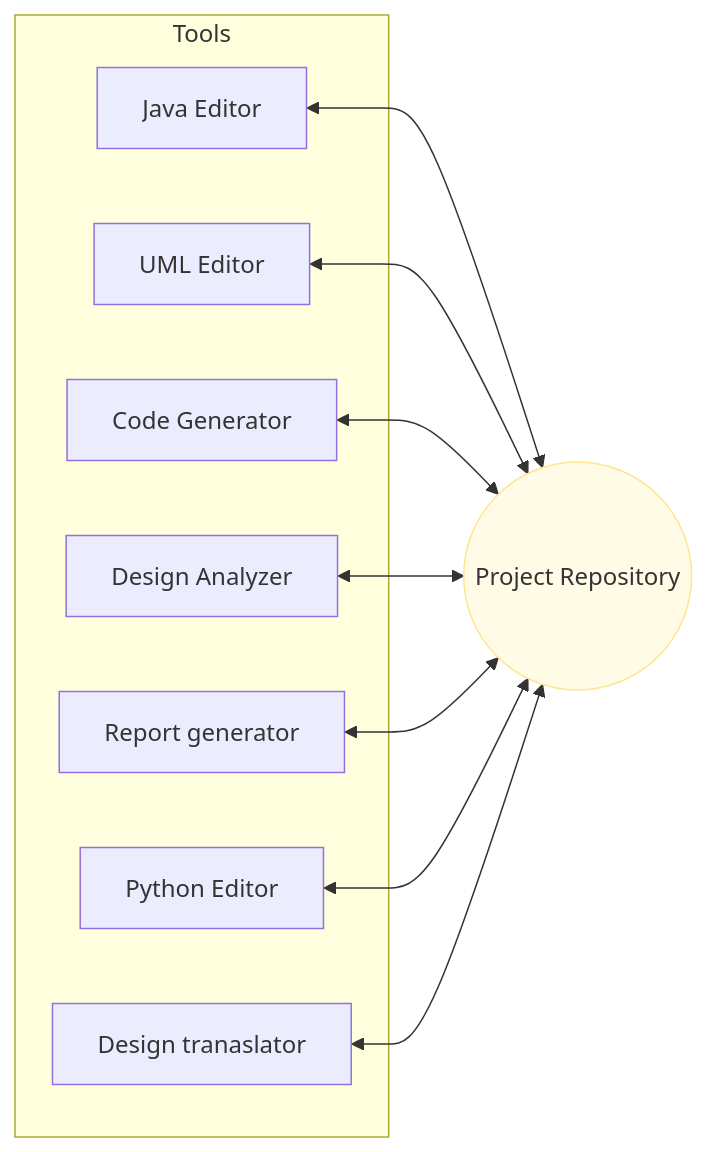
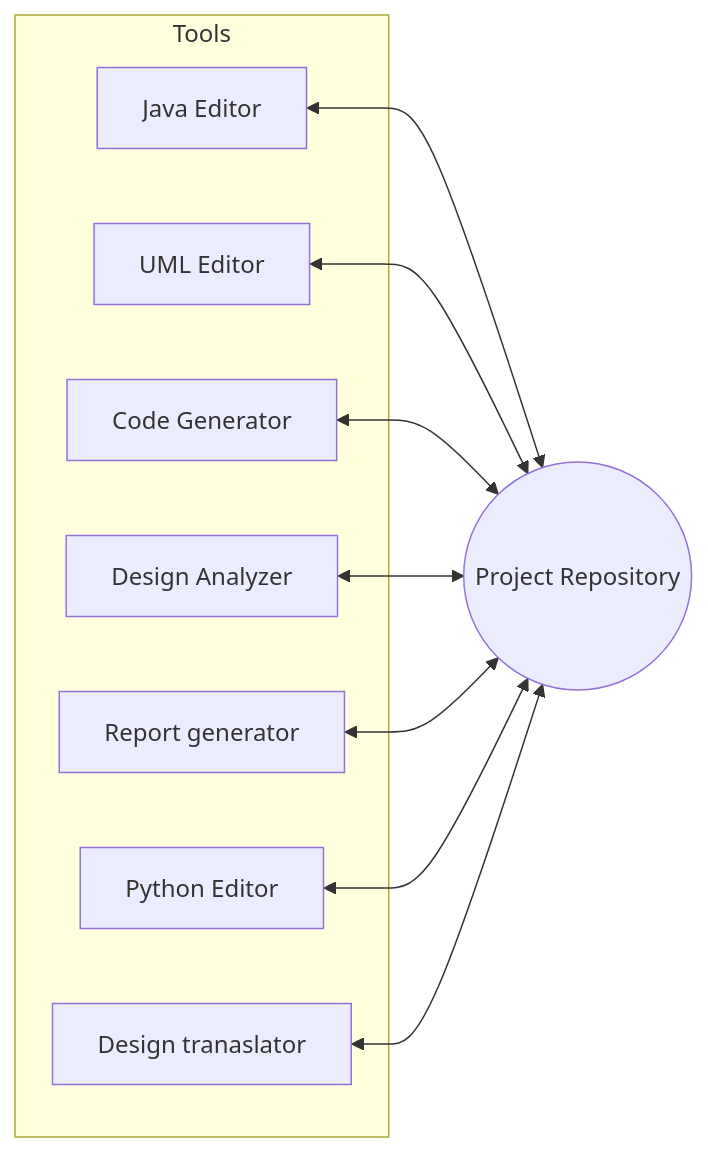
The third of 4 diagrams in docs/mca/se/u22/u4.md (sujith-eag/sujith-library), drawn with Mermaid before and after one commit. The commit also changed other lines of this file and 41 other files, not shown here.

First line of the commit message:
Refactor diagrams and remove redundant styles in documentation

````diff
--- a/docs/mca/se/u22/u4.md
+++ b/docs/mca/se/u22/u4.md
@@ -121,25 +115,22 @@
 ```mermaid
 flowchart LR
     R((Project Repository))
     
     subgraph Tools
         A[Java Editor]
         B[UML Editor]
         C[Code Generator]
         D[Design Analyzer]
         E[Report generator]
         F[Python Editor]
         G[Design tranaslator]
     end
 
     A <--> R
     B <--> R
     C <--> R
     D <--> R
     E <--> R
     F <--> R
     G <--> R
-
-    classDef repo fill:#fffbe6,stroke:#ffe58f
-    class R repo
 ```
````
